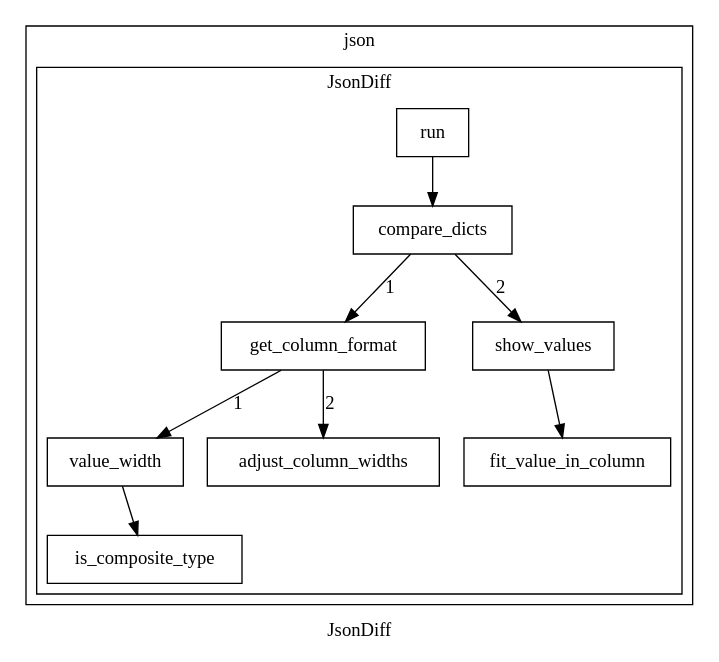
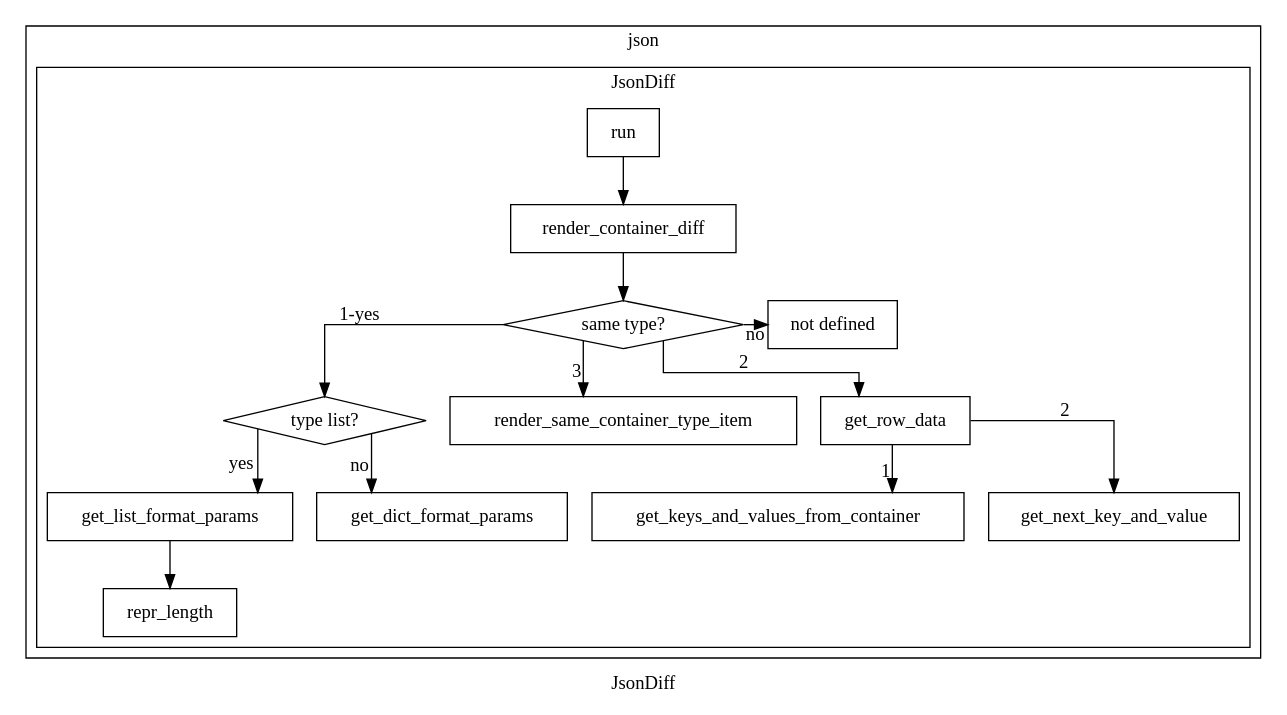
Before and after one commit to jocassid/jocassid-commons: the diagram in docs/JsonDiff.dot, drawn with Graphviz. The commit also changed 5 other files, not shown here.

Commit message:
WIP: added diagram of JsonDiff calls.  Starting to compute column widths.

```diff
--- a/docs/JsonDiff.dot
+++ b/docs/JsonDiff.dot
@@ -1,17 +1,44 @@
 digraph JsonDiff{
   node [shape="rectangle"];
   label="JsonDiff";
+  splines="ortho";
   subgraph cluster_json{
     label="json";
     subgraph cluster_JsonDiff{
       label="JsonDiff"
-      run -> compare_dicts;
-      compare_dicts -> get_column_format [label="1"];
-      compare_dicts -> show_values [label="2"];
-      show_values -> fit_value_in_column;
-      value_width -> is_composite_type;
-      get_column_format -> value_width [label="1"];
-      get_column_format -> adjust_column_widths [label="2"];
+      run;
+      render_container_diff;
+      {
+        rank="same";
+				same_type[label="same type?" shape="diamond"];
+				not_defined[label="not defined"];
+			}
+      type_list[label="type list?" shape="diamond"];
+      get_list_format_params;
+      get_dict_format_params;
+      repr_length;
+      render_same_container_type_item;
+      get_row_data;
+      get_keys_and_values_from_container;
+
+      run -> render_container_diff;
+      render_container_diff -> same_type;
+
+      same_type -> type_list[xlabel="1-yes"];
+      same_type -> not_defined[xlabel="no"];
+      same_type -> get_row_data[xlabel="2"];
+      same_type -> render_same_container_type_item[xlabel="3"];
+
+      type_list -> get_list_format_params[xlabel="yes"];
+      type_list -> get_dict_format_params[xlabel="no"];
+
+      get_row_data -> get_keys_and_values_from_container[xlabel="1"];
+      get_row_data -> get_next_key_and_value[xlabel="2"];
+
+      get_list_format_params-> repr_length;
+
+      render_same_container_type_item;
+
     }
   }
 }
```
